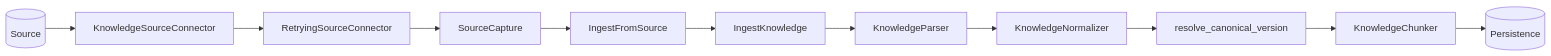
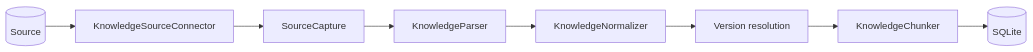
One commit to kumarchandansingh/tropos changed the first of 3 diagrams in docs/architecture/CODEBASE_MAP.md. Above: the diagram before and after it, drawn with Mermaid. The commit also changed other lines of this file and 16 other files, not shown here.

First line of the commit message:
docs: reconcile Tropos product architecture and decision history (#69)

````diff
--- a/docs/architecture/CODEBASE_MAP.md
+++ b/docs/architecture/CODEBASE_MAP.md
@@ -93,14 +138,11 @@
 ```mermaid
 flowchart LR
     Source[(Source)]
     --> Connector[KnowledgeSourceConnector]
-    --> Reliable[RetryingSourceConnector]
     --> Capture[SourceCapture]
-    --> SourceUseCase[IngestFromSource]
-    --> Ingestion[IngestKnowledge]
-    --> Parser[KnowledgeParser]
-    --> Normalizer[KnowledgeNormalizer]
-    --> Version[resolve_canonical_version]
-    --> Chunker[KnowledgeChunker]
-    --> Store[(Persistence)]
+    --> Parse[KnowledgeParser]
+    --> Normalize[KnowledgeNormalizer]
+    --> Version[Version resolution]
+    --> Chunk[KnowledgeChunker]
+    --> Persist[(SQLite)]
 ```
````
